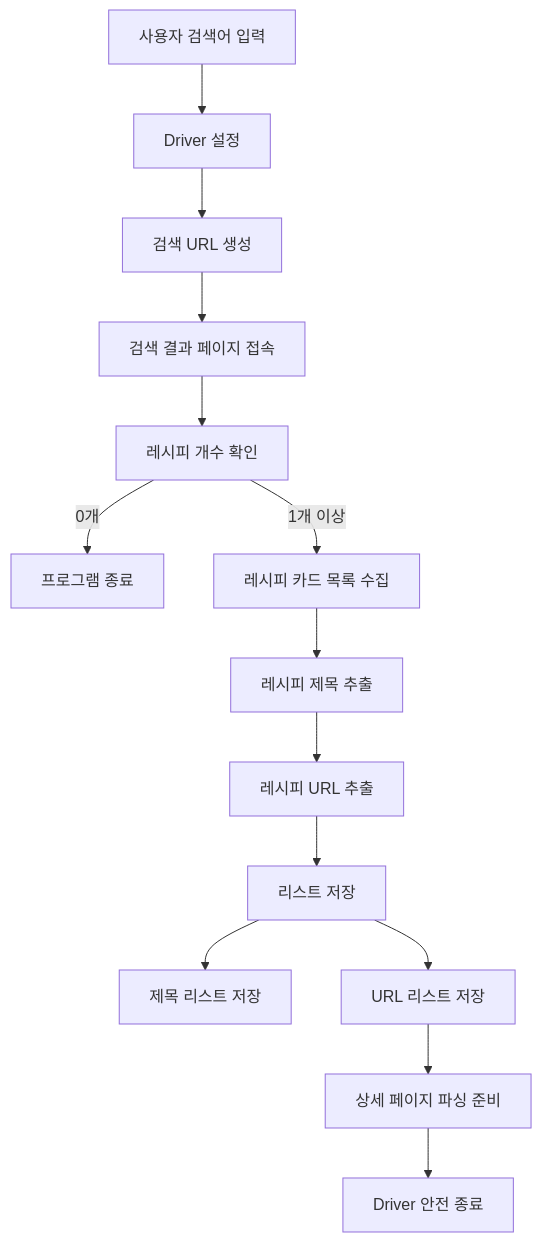
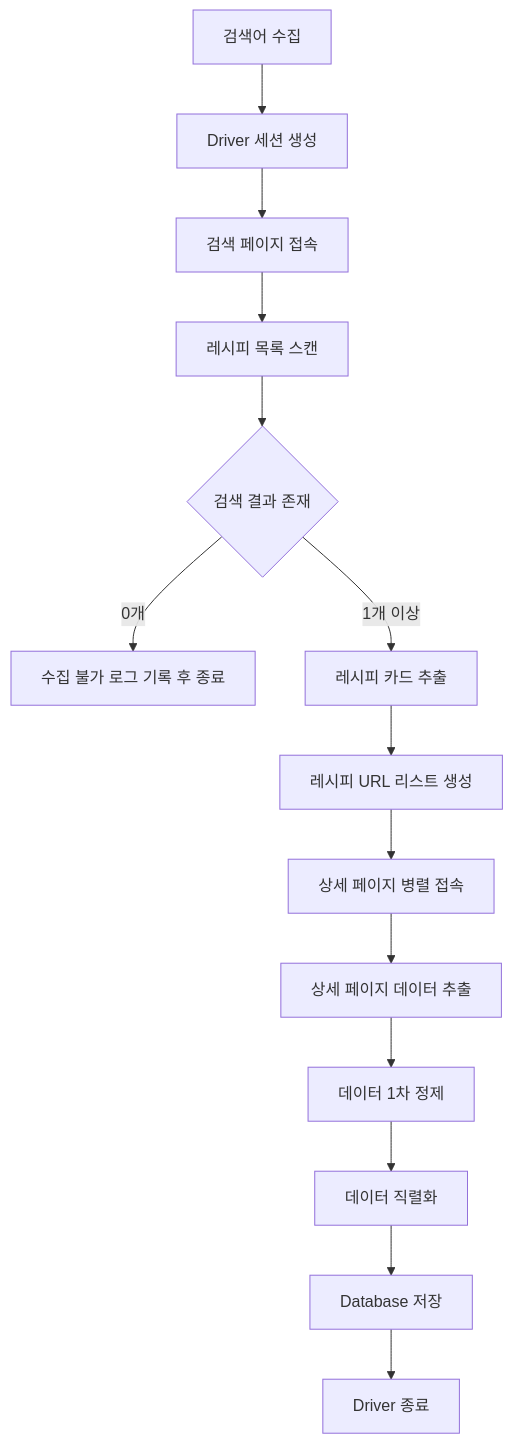
Before and after one commit to ksb214-hub/AIProject_python: the first of 5 diagrams in Crawling/Crawling.md, drawn with Mermaid. The commit also changed other lines of this file, not shown here.

````diff
--- a/Crawling/Crawling.md
+++ b/Crawling/Crawling.md
@@ -51,20 +57,16 @@
 ```mermaid
 flowchart TD
-    A[사용자 검색어 입력] --> B[Driver 설정]
-    B --> C[검색 URL 생성]
-    C --> D[검색 결과 페이지 접속]
-    D --> E[레시피 개수 확인]
-
-    E -->|0개| F[프로그램 종료]
-
-    E -->|1개 이상| G[레시피 카드 목록 수집]
-    G --> H[레시피 제목 추출]
-    H --> I[레시피 URL 추출]
-
-    I --> J[리스트 저장]
-    J --> K[제목 리스트 저장]
-    J --> L[URL 리스트 저장]
-
-    L --> M[상세 페이지 파싱 준비]
-    M --> N[Driver 안전 종료]
+A[검색어 수집] --> B[Driver 세션 생성]
+B --> C[검색 페이지 접속]
+C --> D[레시피 목록 스캔]
+D --> E{검색 결과 존재}
+E -->|0개| F[수집 불가 로그 기록 후 종료]
+E -->|1개 이상| G[레시피 카드 추출]
+G --> H[레시피 URL 리스트 생성]
+H --> I[상세 페이지 병렬 접속]
+I --> J[상세 페이지 데이터 추출]
+J --> K[데이터 1차 정제]
+K --> L[데이터 직렬화]
+L --> M[Database 저장]
+M --> N[Driver 종료]
 ```
````
